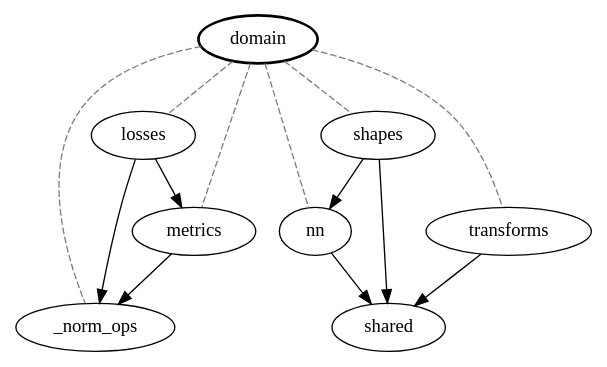
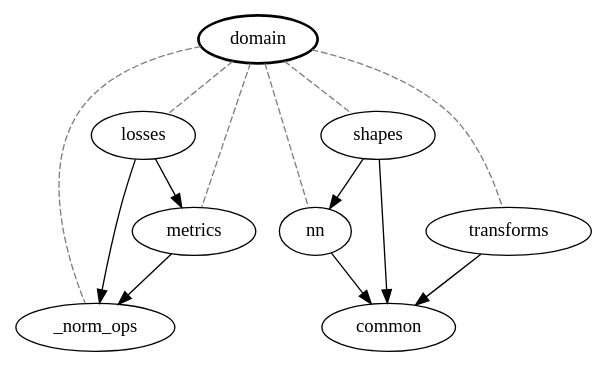
Before and after one commit to constatza/dlkit: the diagram in docs/architecture/diagrams/domain.dot, drawn with Graphviz. The commit also changed 556 other files, not shown here.

First line of the commit message:
refactor(arch): rename runtime/tools/shared to engine/infrastructure/common

```diff
--- a/docs/architecture/diagrams/domain.dot
+++ b/docs/architecture/diagrams/domain.dot
@@ -1,23 +1,23 @@
 digraph {
 "dlkit.domain" [label="domain" style="bold"];
 "dlkit.domain._norm_ops" [label="_norm_ops"];
 "dlkit.domain.losses" [label="losses"];
 "dlkit.domain.metrics" [label="metrics"];
 "dlkit.domain.nn" [label="nn"];
 "dlkit.domain.shapes" [label="shapes"];
 "dlkit.domain.transforms" [label="transforms"];
-"dlkit.shared" [label="shared"];
+"dlkit.common" [label="common"];
 "dlkit.domain" -> "dlkit.domain._norm_ops" [style="dashed" color="gray50" arrowhead="none"];
 "dlkit.domain" -> "dlkit.domain.losses" [style="dashed" color="gray50" arrowhead="none"];
 "dlkit.domain" -> "dlkit.domain.metrics" [style="dashed" color="gray50" arrowhead="none"];
 "dlkit.domain" -> "dlkit.domain.nn" [style="dashed" color="gray50" arrowhead="none"];
 "dlkit.domain" -> "dlkit.domain.shapes" [style="dashed" color="gray50" arrowhead="none"];
 "dlkit.domain" -> "dlkit.domain.transforms" [style="dashed" color="gray50" arrowhead="none"];
 "dlkit.domain.losses" -> "dlkit.domain._norm_ops";
 "dlkit.domain.losses" -> "dlkit.domain.metrics";
 "dlkit.domain.metrics" -> "dlkit.domain._norm_ops";
-"dlkit.domain.nn" -> "dlkit.shared";
+"dlkit.domain.nn" -> "dlkit.common";
 "dlkit.domain.shapes" -> "dlkit.domain.nn";
-"dlkit.domain.shapes" -> "dlkit.shared";
-"dlkit.domain.transforms" -> "dlkit.shared";
+"dlkit.domain.shapes" -> "dlkit.common";
+"dlkit.domain.transforms" -> "dlkit.common";
 }
```
